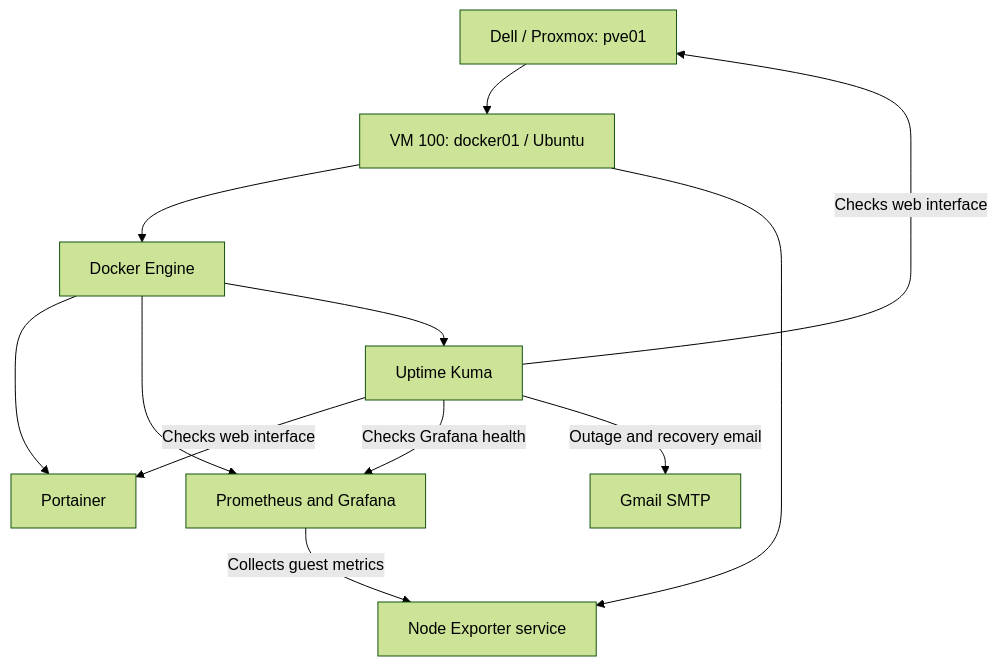
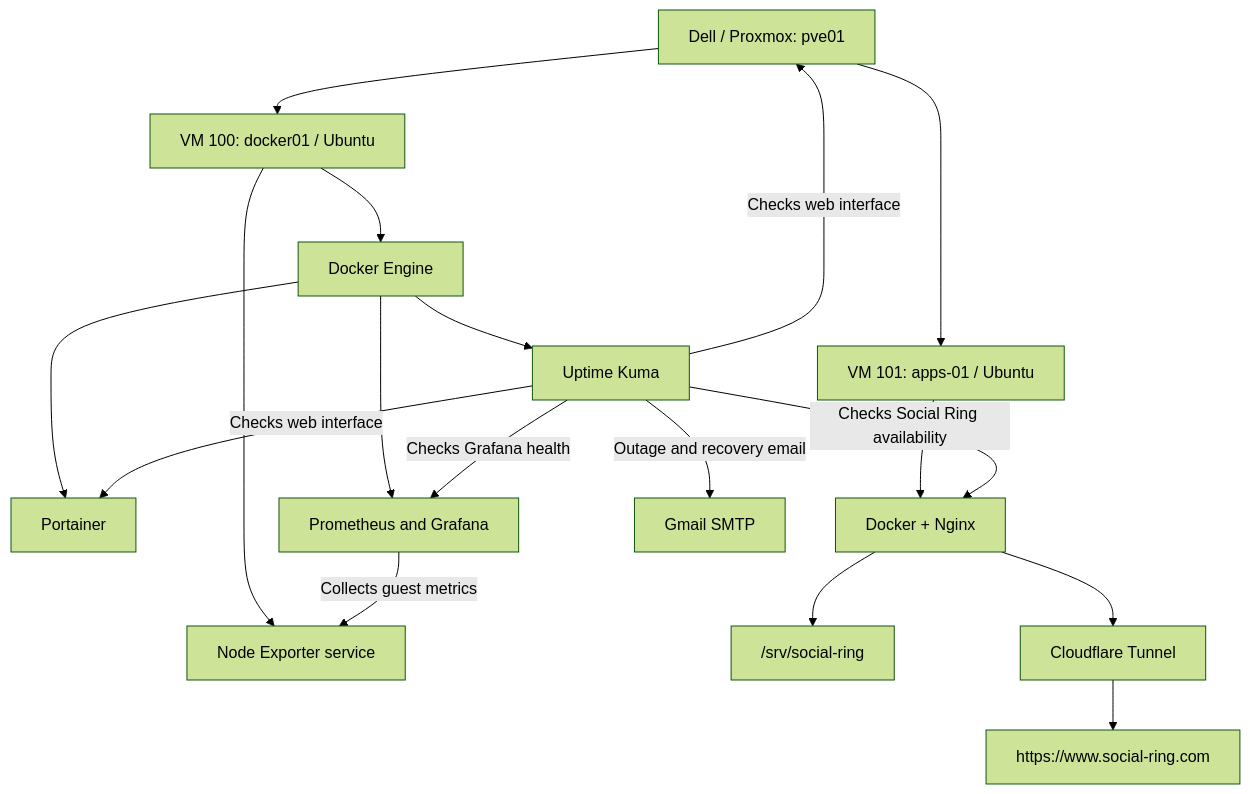
Before and after one commit to HoseaCodes/HomeLab: the diagram in README.md, drawn with Mermaid (forest theme). The commit also changed other lines of this file and 7 other files, not shown here.

First line of the commit message:
Update documentation for Social Ring deployment and architecture

````diff
--- a/README.md
+++ b/README.md
@@ -46,14 +47,20 @@
 ```mermaid
 flowchart TD
-    P["Dell / Proxmox: pve01"] --> V["VM 100: docker01 / Ubuntu"]
-    V --> D["Docker Engine"]
-    V --> N["Node Exporter service"]
+    P["Dell / Proxmox: pve01"] --> V1["VM 100: docker01 / Ubuntu"]
+    P --> V2["VM 101: apps-01 / Ubuntu"]
+    V1 --> D["Docker Engine"]
+    V1 --> N["Node Exporter service"]
     D --> T["Portainer"]
     D --> M["Prometheus and Grafana"]
     D --> K["Uptime Kuma"]
+    V2 --> A["Docker + Nginx"]
+    A --> S["/srv/social-ring"]
+    A --> C["Cloudflare Tunnel"]
     M -->|"Collects guest metrics"| N
     K -->|"Checks web interface"| P
     K -->|"Checks web interface"| T
     K -->|"Checks Grafana health"| M
+    K -->|"Checks Social Ring availability"| A
     K -->|"Outage and recovery email"| G["Gmail SMTP"]
+    C --> H["https://www.social-ring.com"]
 ```
````
